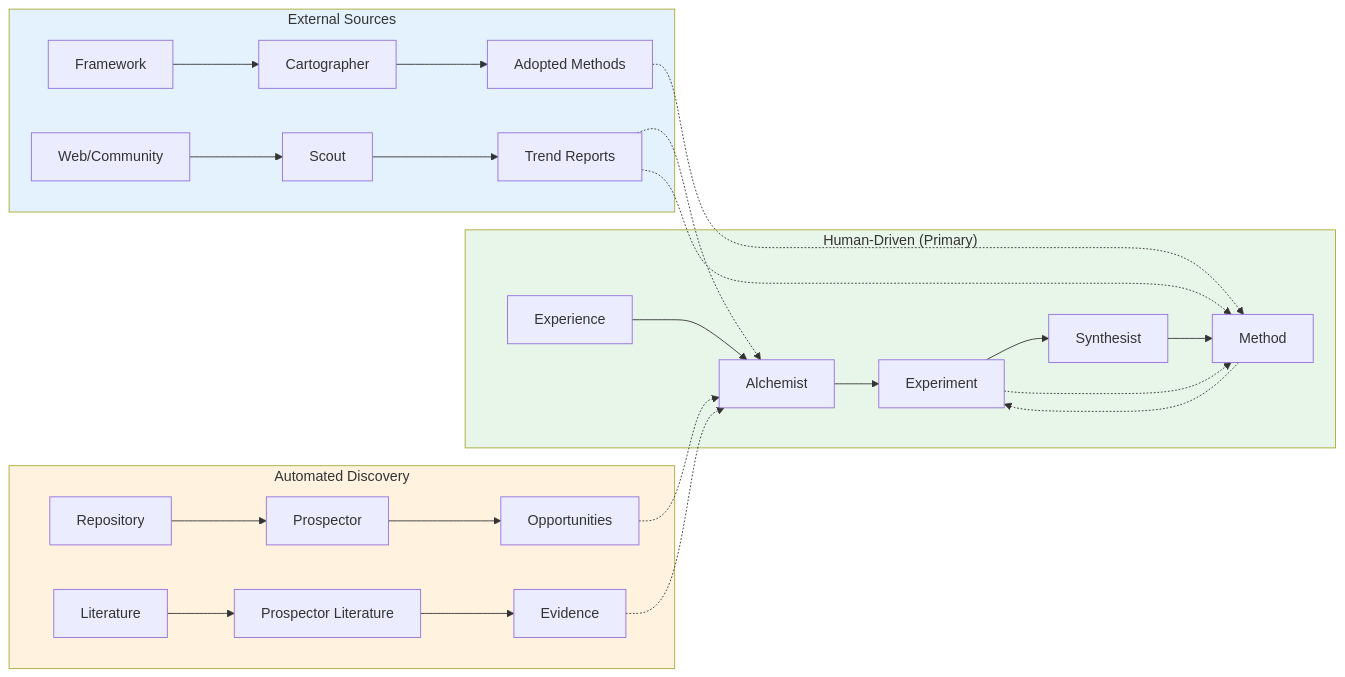
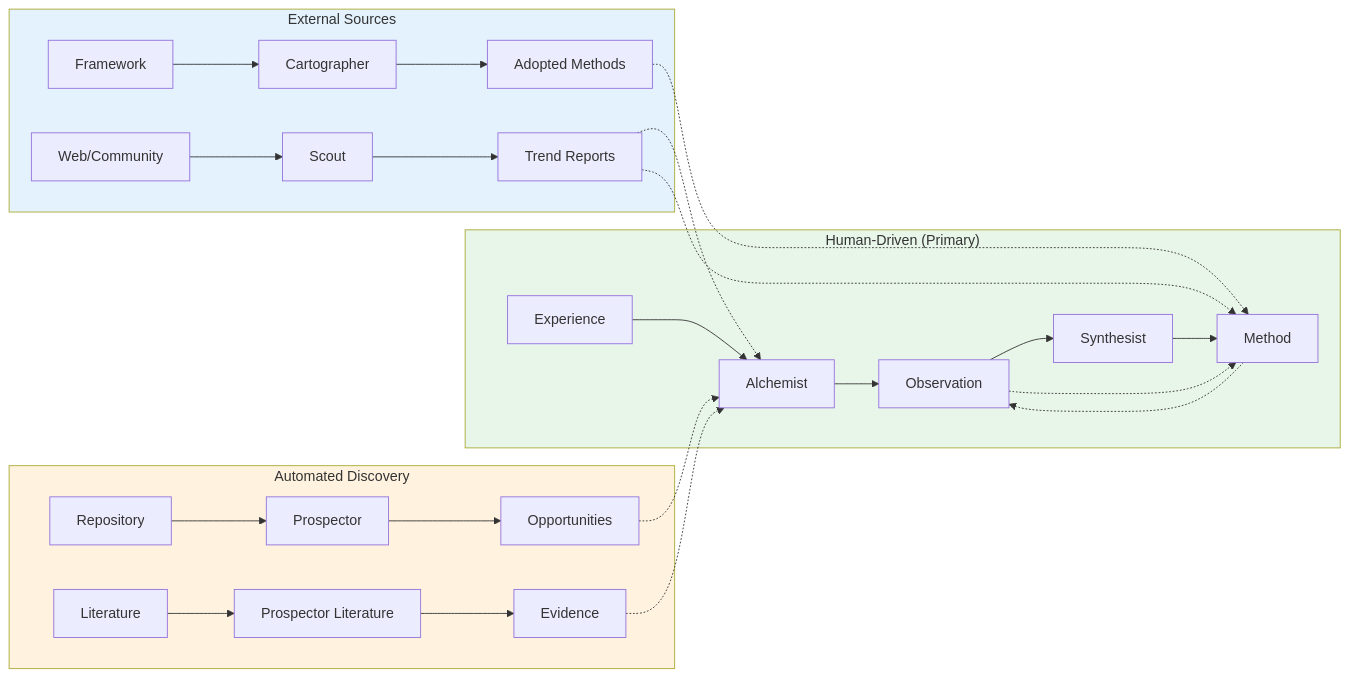
One commit to esimplicityinc/flow-optimized-engineering changed the first of 2 diagrams in docs/docs/field-guides/using-ai-agents.md. Above: the diagram before and after it, drawn with Mermaid. The commit also changed other lines of this file and 141 other files, not shown here.

````diff
--- a/docs/docs/field-guides/using-ai-agents.md
+++ b/docs/docs/field-guides/using-ai-agents.md
@@ -752,35 +752,35 @@
 ```mermaid
 flowchart LR
     subgraph human["Human-Driven (Primary)"]
         E[Experience] --> A[Alchemist]
-        A --> X[Experiment]
+        A --> X[Observation]
         X --> S[Synthesist]
         S --> M[Method]
     end
     
     subgraph auto["Automated Discovery"]
         R[Repository] --> P[Prospector]
         P --> O[Opportunities]
         L[Literature] --> PL[Prospector Literature]
         PL --> EV[Evidence]
     end
     
     subgraph external["External Sources"]
         F[Framework] --> C[Cartographer]
         C --> AM[Adopted Methods]
         W[Web/Community] --> SC[Scout]
         SC --> TR[Trend Reports]
     end
     
     O -.-> A
     EV -.-> A
     TR -.-> A
     TR -.-> M
     AM -.-> M
     M -.-> X
     X -.-> M
     
     style human fill:#e8f5e9
     style auto fill:#fff3e0
     style external fill:#e3f2fd
 ```
````
